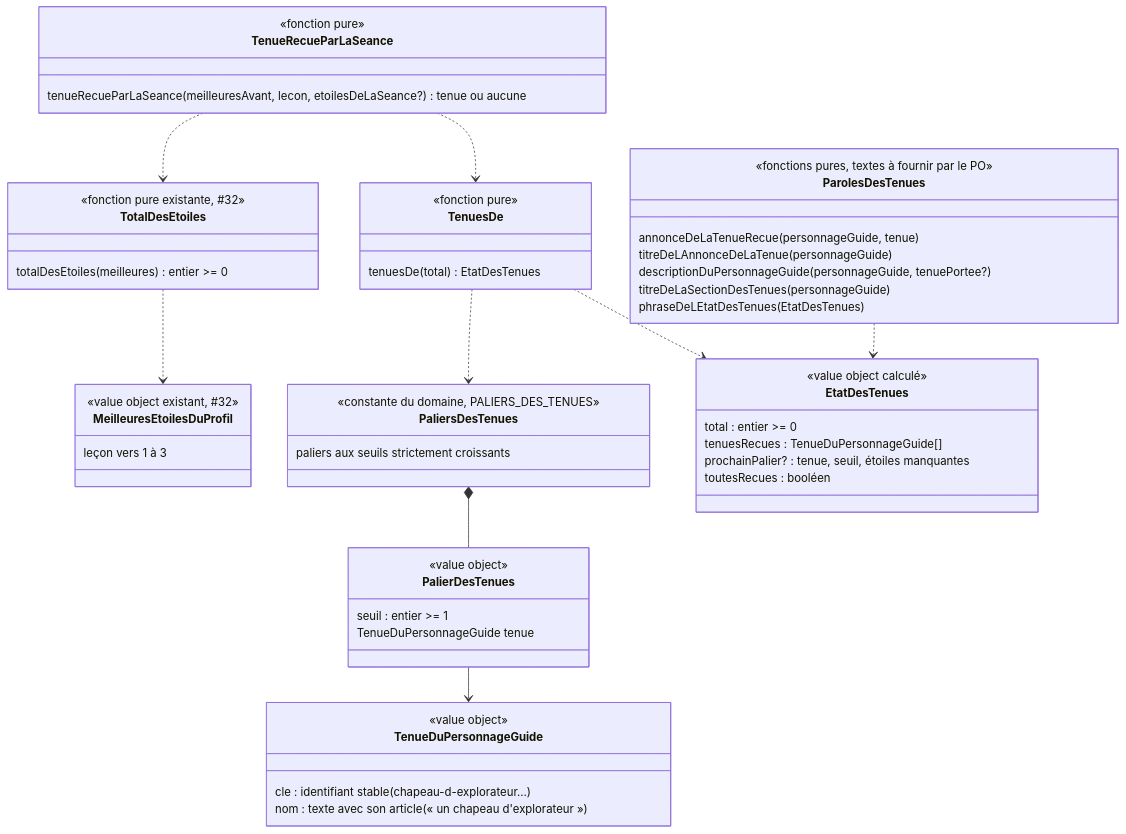
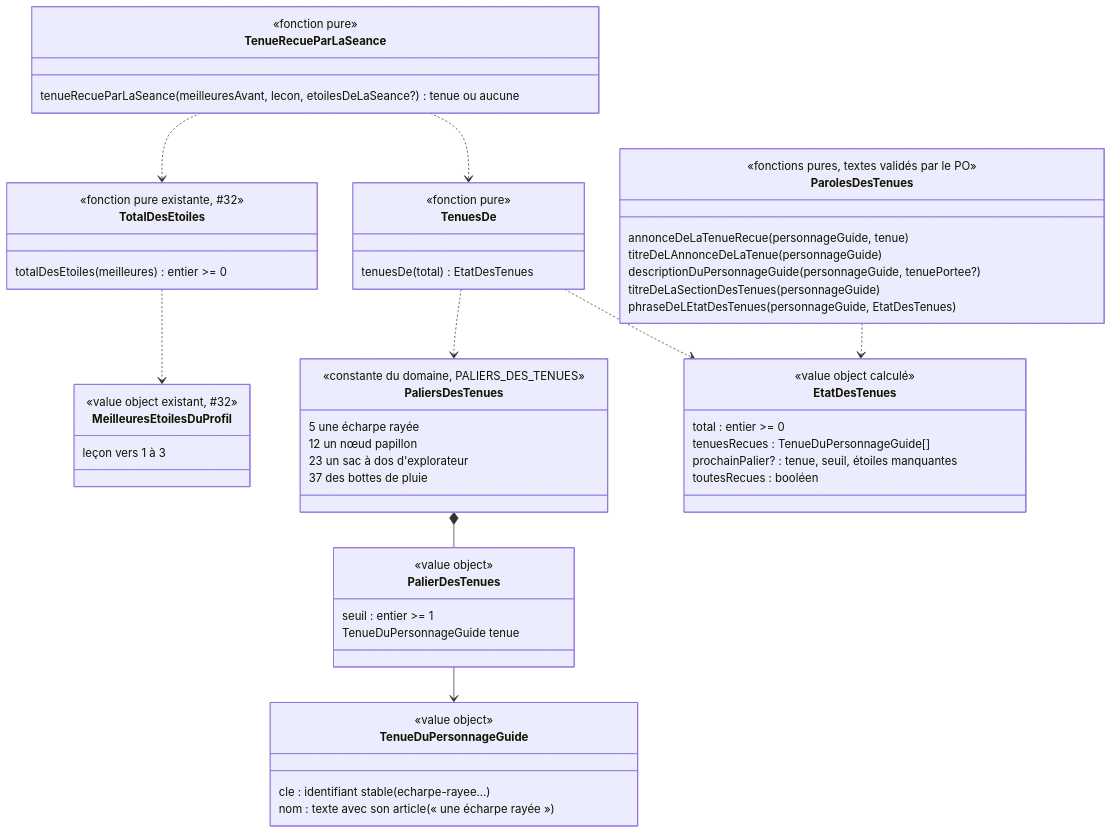
Before and after one commit to SBA-dev/github-move: the diagram in docs/stories/102/domain-model.md, drawn with Mermaid. The commit also changed other lines of this file and 2 other files, not shown here.

First line of the commit message:
docs(#102): réponses du PO dans le modèle, termes des tenues au glossaire

````diff
--- a/docs/stories/102/domain-model.md
+++ b/docs/stories/102/domain-model.md
@@ -63,56 +65,59 @@
 ```mermaid
 classDiagram
   class PaliersDesTenues {
     <<constante du domaine, PALIERS_DES_TENUES>>
-    paliers aux seuils strictement croissants
+    5 une écharpe rayée
+    12 un nœud papillon
+    23 un sac à dos d'explorateur
+    37 des bottes de pluie
   }
   class PalierDesTenues {
     <<value object>>
     seuil : entier >= 1
     TenueDuPersonnageGuide tenue
   }
   class TenueDuPersonnageGuide {
     <<value object>>
-    cle : identifiant stable (chapeau-d-explorateur…)
-    nom : texte avec son article (« un chapeau d'explorateur »)
+    cle : identifiant stable (echarpe-rayee…)
+    nom : texte avec son article (« une écharpe rayée »)
   }
   class MeilleuresEtoilesDuProfil {
     <<value object existant, #32>>
     leçon vers 1 à 3
   }
   class TotalDesEtoiles {
     <<fonction pure existante, #32>>
     totalDesEtoiles(meilleures) entier >= 0
   }
   class EtatDesTenues {
     <<value object calculé>>
     total : entier >= 0
     tenuesRecues : TenueDuPersonnageGuide[]
     prochainPalier? : tenue, seuil, étoiles manquantes
     toutesRecues : booléen
   }
   class TenuesDe {
     <<fonction pure>>
     tenuesDe(total) EtatDesTenues
   }
   class TenueRecueParLaSeance {
     <<fonction pure>>
     tenueRecueParLaSeance(meilleuresAvant, lecon, etoilesDeLaSeance?) tenue ou aucune
   }
   class ParolesDesTenues {
-    <<fonctions pures, textes à fournir par le PO>>
+    <<fonctions pures, textes validés par le PO>>
     annonceDeLaTenueRecue(personnageGuide, tenue)
     titreDeLAnnonceDeLaTenue(personnageGuide)
     descriptionDuPersonnageGuide(personnageGuide, tenuePortee?)
     titreDeLaSectionDesTenues(personnageGuide)
-    phraseDeLEtatDesTenues(EtatDesTenues)
+    phraseDeLEtatDesTenues(personnageGuide, EtatDesTenues)
   }
   PaliersDesTenues *-- PalierDesTenues
   PalierDesTenues --> TenueDuPersonnageGuide
   TotalDesEtoiles ..> MeilleuresEtoilesDuProfil
   TenuesDe ..> PaliersDesTenues
   TenuesDe ..> EtatDesTenues
   TenueRecueParLaSeance ..> TotalDesEtoiles
   TenueRecueParLaSeance ..> TenuesDe
   ParolesDesTenues ..> EtatDesTenues
 ```
````
